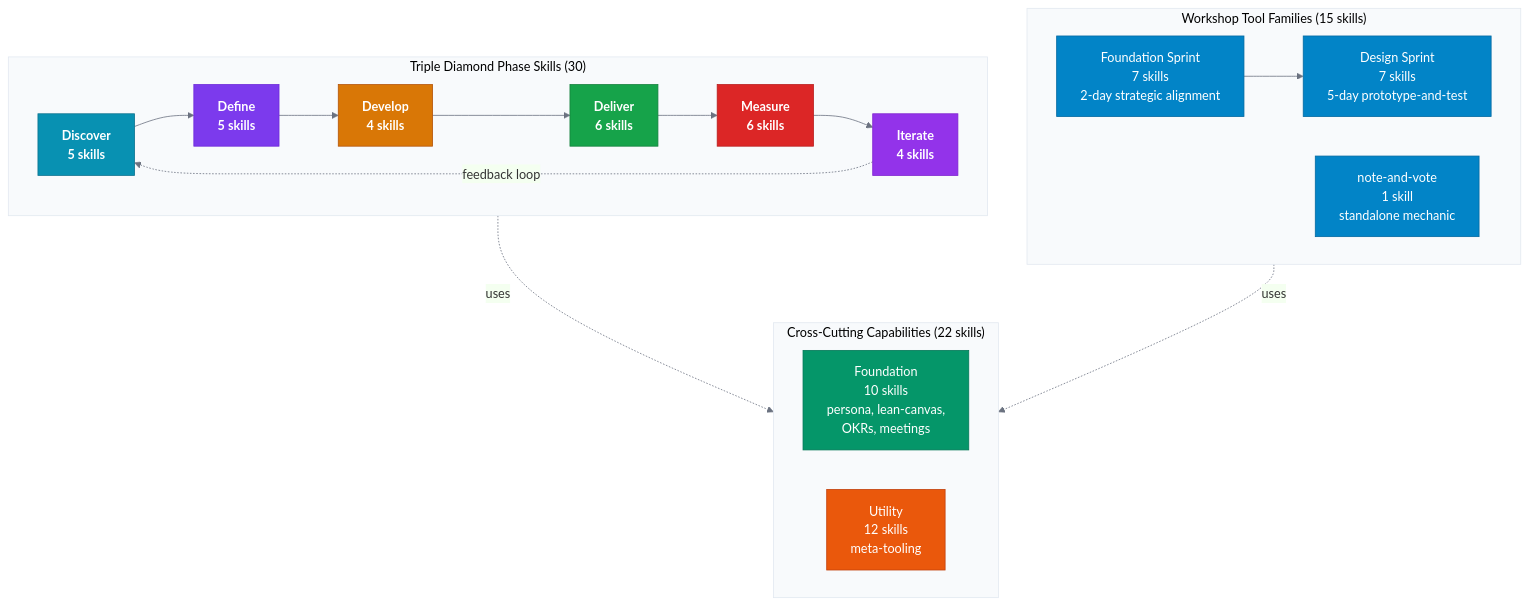
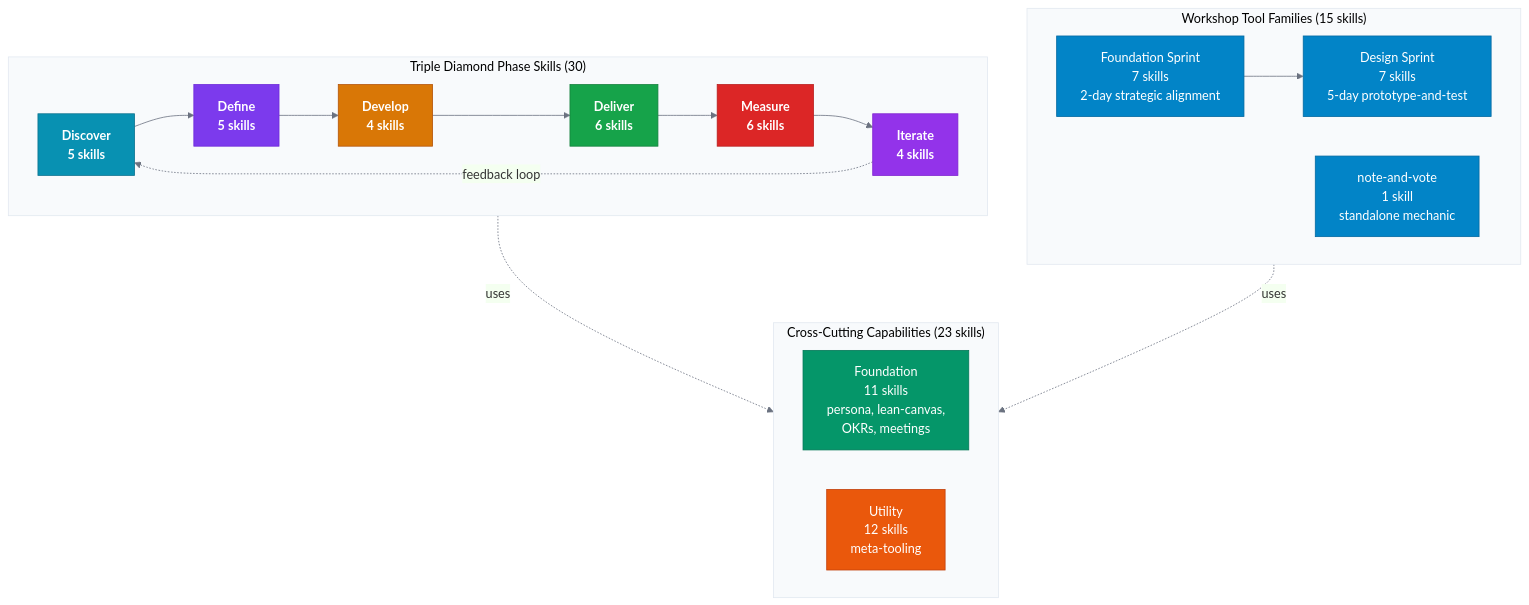
One commit to product-on-purpose/pm-skills changed the third of 6 diagrams in README.md. Above: the diagram before and after it, drawn with Mermaid. The commit also changed other lines of this file and 63 other files, not shown here.

````diff
--- a/README.md
+++ b/README.md
@@ -628,43 +637,43 @@
 ```mermaid
 %%{init: {'theme': 'base', 'themeVariables': {'primaryColor': '#f0f4ff', 'primaryBorderColor': '#c7d2fe', 'lineColor': '#6b7280', 'clusterBkg': '#f8fafc', 'clusterBorder': '#e2e8f0'}}}%%
 flowchart TB
     classDef discover fill:#0891b2,stroke:#0e7490,color:#fff,font-weight:bold
     classDef define fill:#7c3aed,stroke:#6d28d9,color:#fff,font-weight:bold
     classDef develop fill:#d97706,stroke:#b45309,color:#fff,font-weight:bold
     classDef deliver fill:#16a34a,stroke:#15803d,color:#fff,font-weight:bold
     classDef measure fill:#dc2626,stroke:#b91c1c,color:#fff,font-weight:bold
     classDef iterate fill:#9333ea,stroke:#7e22ce,color:#fff,font-weight:bold
     classDef tool fill:#0284c7,stroke:#0369a1,color:#fff
     classDef foundation fill:#059669,stroke:#047857,color:#fff
     classDef utility fill:#ea580c,stroke:#c2410c,color:#fff
 
     subgraph PHASE["Triple Diamond Phase Skills (30)"]
         direction LR
         DI["Discover<br/>5 skills"]:::discover
         DE["Define<br/>5 skills"]:::define
         DEV["Develop<br/>4 skills"]:::develop
         DEL["Deliver<br/>6 skills"]:::deliver
         ME["Measure<br/>6 skills"]:::measure
         IT["Iterate<br/>4 skills"]:::iterate
 
         DI --> DE --> DEV --> DEL --> ME --> IT
         IT -."feedback loop".-> DI
     end
 
     subgraph WORKSHOP["Workshop Tool Families (15 skills)"]
         direction LR
         FS["Foundation Sprint<br/>7 skills<br/>2-day strategic alignment"]:::tool
         DS["Design Sprint<br/>7 skills<br/>5-day prototype-and-test"]:::tool
         NV["note-and-vote<br/>1 skill<br/>standalone mechanic"]:::tool
         FS --> DS
     end
 
-    subgraph SUPPORT["Cross-Cutting Capabilities (22 skills)"]
+    subgraph SUPPORT["Cross-Cutting Capabilities (23 skills)"]
         direction LR
-        FOUND["Foundation<br/>10 skills<br/>persona, lean-canvas,<br/>OKRs, meetings"]:::foundation
+        FOUND["Foundation<br/>11 skills<br/>persona, lean-canvas,<br/>OKRs, meetings"]:::foundation
         UTIL["Utility<br/>12 skills<br/>meta-tooling"]:::utility
     end
 
     PHASE -.uses.-> SUPPORT
     WORKSHOP -.uses.-> SUPPORT
 ```
````
